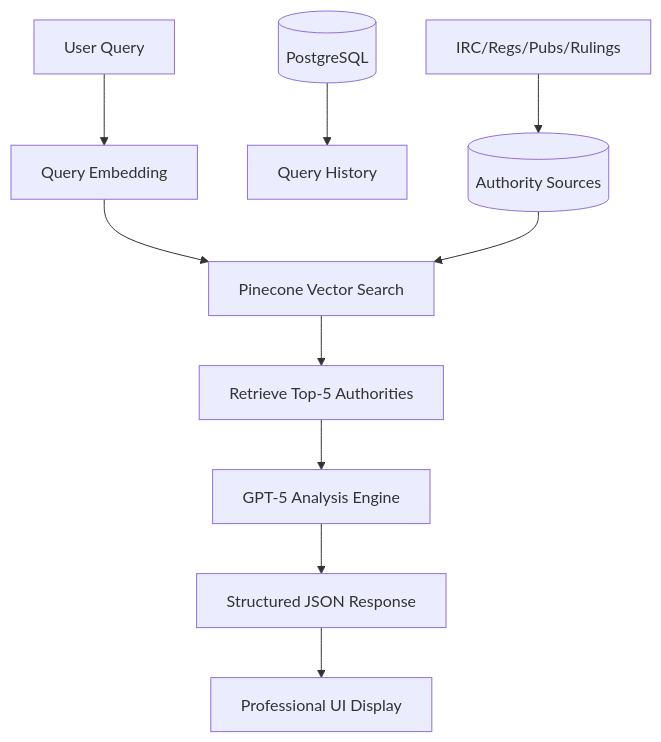
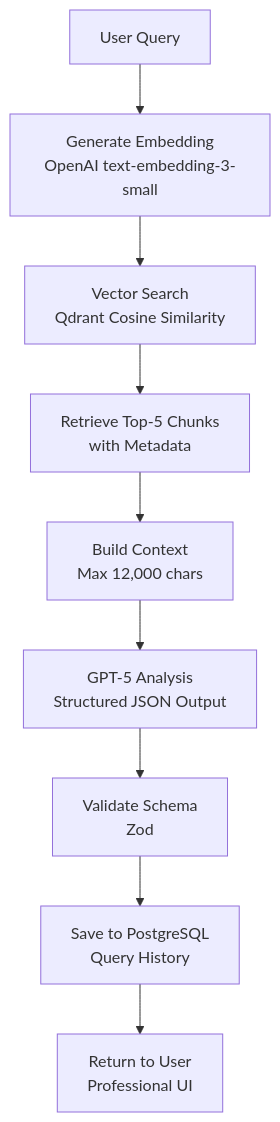
Before and after one commit to baderale/Taxentia-AI: the second of 2 diagrams in README.md, drawn with Mermaid. The commit also changed other lines of this file and 3 other files, not shown here.

````diff
--- a/README.md
+++ b/README.md
@@ -137,13 +207,11 @@
 ```mermaid
 graph TB
-    A[User Query] --> B[Query Embedding]
-    B --> C[Pinecone Vector Search]
-    C --> D[Retrieve Top-5 Authorities]
-    D --> E[GPT-5 Analysis Engine]
-    E --> F[Structured JSON Response]
-    F --> G[Professional UI Display]
-
-    H[(PostgreSQL)] --> I[Query History]
-    J[(Authority Sources)] --> C
-    K[IRC/Regs/Pubs/Rulings] --> J
+    A[User Query] --> B[Generate Embedding<br/>OpenAI text-embedding-3-small]
+    B --> C[Vector Search<br/>Qdrant Cosine Similarity]
+    C --> D[Retrieve Top-5 Chunks<br/>with Metadata]
+    D --> E[Build Context<br/>Max 12,000 chars]
+    E --> F[GPT-5 Analysis<br/>Structured JSON Output]
+    F --> G[Validate Schema<br/>Zod]
+    G --> H[Save to PostgreSQL<br/>Query History]
+    H --> I[Return to User<br/>Professional UI]
 ```
````
